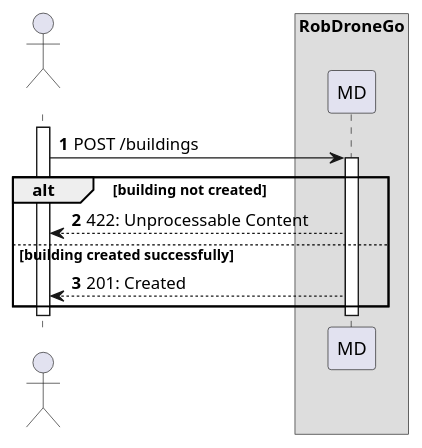
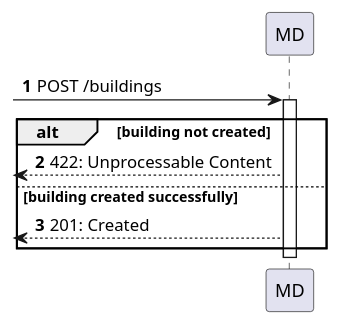
One commit to Departamento-de-Engenharia-Informatica/lapr5-23-24-g19 changed the diagram in docs/us150/level2/process-view.puml. Above: the diagram before and after it, drawn with PlantUML. The commit also changed 7 other files, not shown here.

```diff
--- a/docs/us150/level2/process-view.puml
+++ b/docs/us150/level2/process-view.puml
@@ -1,22 +1,16 @@
 @startuml
 autonumber
 
-actor " " as actor
-box "RobDroneGo"
 participant "MD" as mdr
 
-activate actor
+[-> mdr: POST /buildings
 
-    actor -> mdr: POST /buildings
-
-    activate mdr
+activate mdr
     alt building not created
-        mdr --> actor : 422: Unprocessable Content
+        [<-- mdr : 422: Unprocessable Content
     else building created successfully
-        mdr --> actor : 201: Created
+        [<-- mdr : 201: Created
     end
-    deactivate mdr
-
-deactivate actor
+deactivate mdr
 
 @enduml
```
